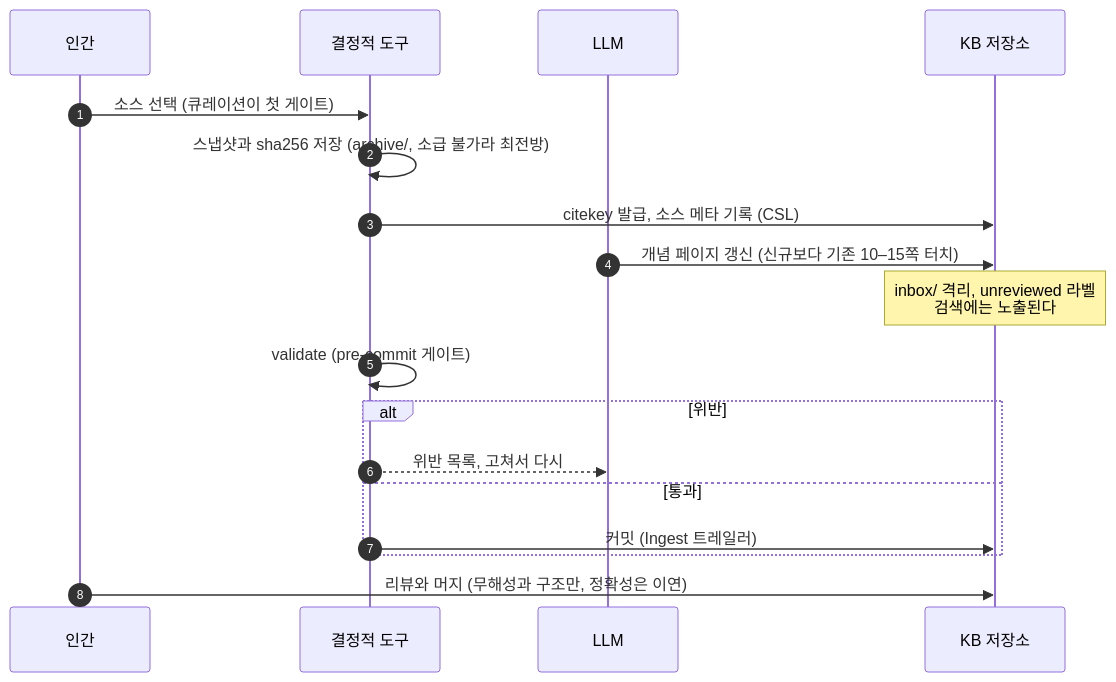
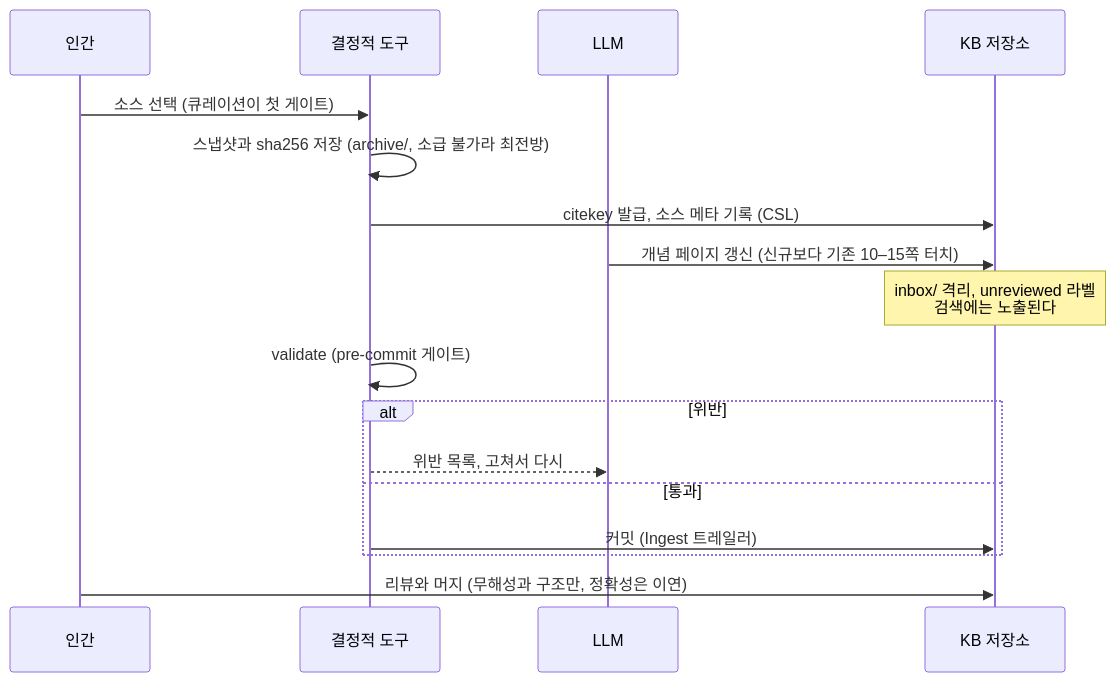
One commit to alteralab/syntopicon changed the second of 4 diagrams in README.md. Above: the diagram before and after it, drawn with Mermaid. The commit also changed other lines of this file, not shown here.

Commit message:
plan: 다이어그램 크기 실측 보정 — 두 그림 자연 폭 1221px 일치
useMaxWidth:false는 GitHub에서 잘림 동작(검색 확인)이라 제거하고 기본
스케일링으로. 크기 통일은 로컬 mermaid-cli 실측(1221 vs 1005) 후 읽기
쪽 actorMargin을 계산값(+108)으로 보정해 달성 — 래스터 시각 검증 통과.
autonumber는 라벨 겹침이라 제거.

````diff
--- a/README.md
+++ b/README.md
@@ -42,22 +42,21 @@
 ```mermaid
-%%{init: {"sequence": {"width": 140, "useMaxWidth": false, "messageMargin": 28, "boxMargin": 6}}}%%
+%%{init: {"sequence": {"width": 140, "messageMargin": 28, "boxMargin": 6}}}%%
 sequenceDiagram
-    autonumber
     participant H as 인간
     participant T as 결정적 도구
     participant L as LLM
     participant K as KB 저장소
 
     H->>T: 소스 선택 (큐레이션이 첫 게이트)
     T->>T: 스냅샷과 sha256 저장 (archive/, 소급 불가라 최전방)
     T->>K: citekey 발급, 소스 메타 기록 (CSL)
     L->>K: 개념 페이지 갱신 (신규보다 기존 10–15쪽 터치)
     note over K: inbox/ 격리, unreviewed 라벨<br/>검색에는 노출된다
     T->>T: validate (pre-commit 게이트)
     alt 위반
         T-->>L: 위반 목록, 고쳐서 다시
     else 통과
         T->>K: 커밋 (Ingest 트레일러)
     end
     H->>K: 리뷰와 머지 (무해성과 구조만, 정확성은 이연)
 ```
````
